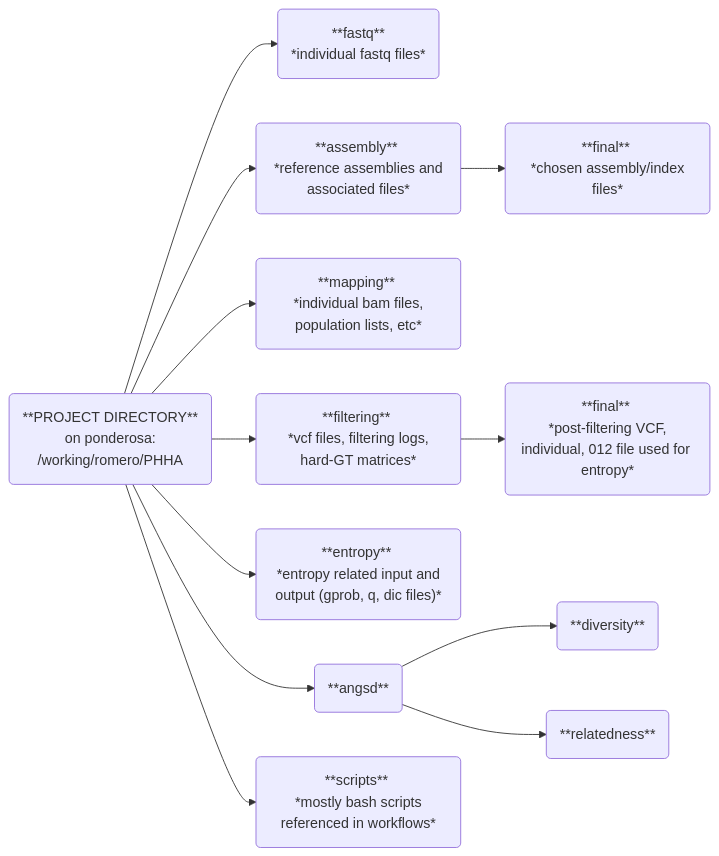
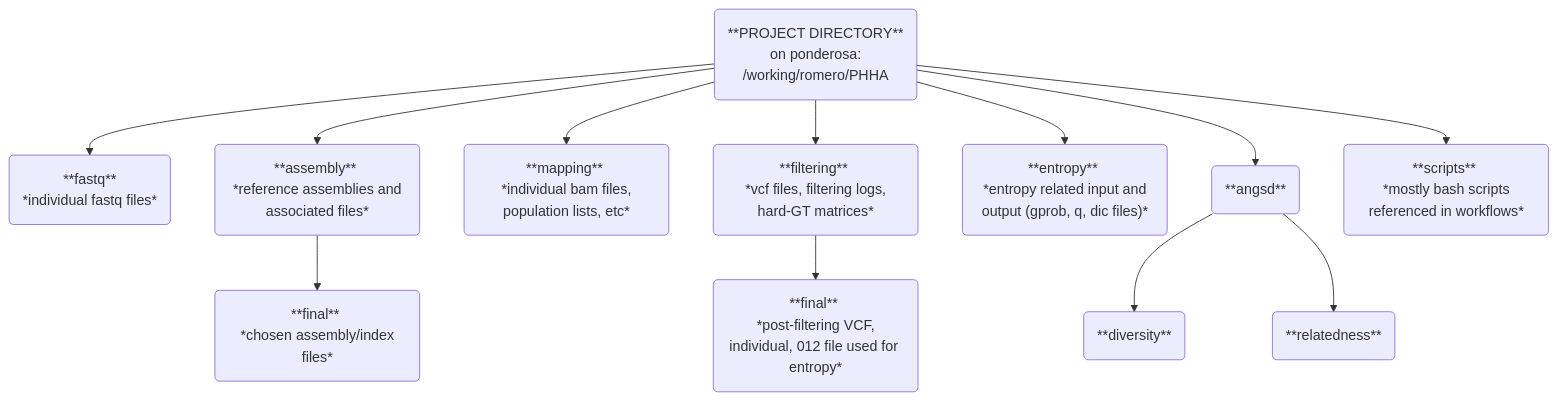
Before and after one commit to sethjromero/PHHA: the diagram in README.md, drawn with Mermaid.

````diff
--- a/README.md
+++ b/README.md
@@ -9,15 +9,15 @@
 ```mermaid
-flowchart LR;
+flowchart TD;
     A(**PROJECT DIRECTORY** <br> on ponderosa: <br> /working/romero/PHHA)
     A --> B(**fastq** <br> *individual fastq files*)
     A --> C(**assembly** <br> *reference assemblies and associated files*)
     A --> D(**mapping** <br> *individual bam files, population lists, etc*)
     A --> E(**filtering** <br> *vcf files, filtering logs, hard-GT matrices*)
     A --> F("**entropy** <br> *entropy related input and output (gprob, q, dic files)*")
     C --> G(**final** <br> *chosen assembly/index files*)
     A --> H(**angsd**)
     E --> I(**final** <br> *post-filtering VCF, individual, 012 file used for entropy*)
     A --> J(**scripts** <br> *mostly bash scripts referenced in workflows*)
     H --> K(**diversity**)
     H --> L(**relatedness**)
 ```
````
